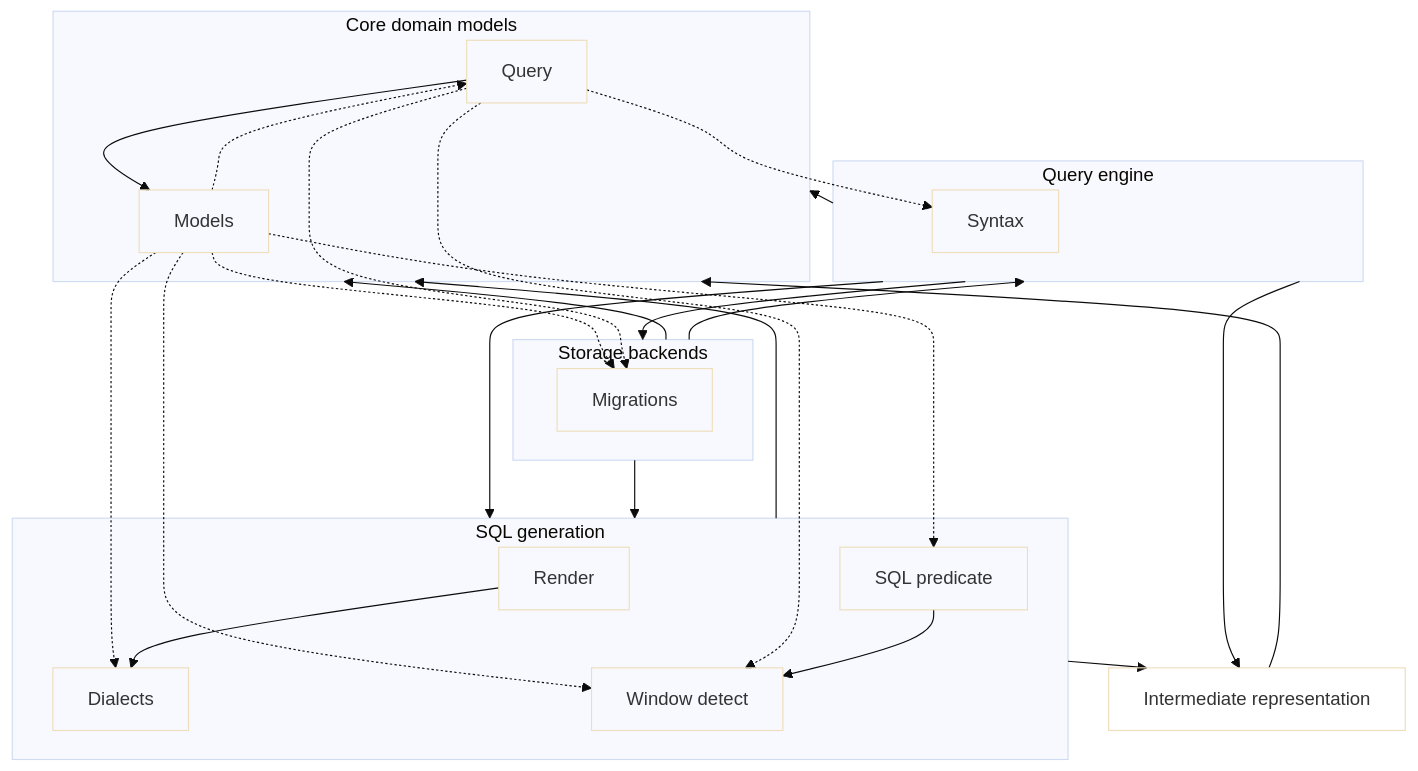
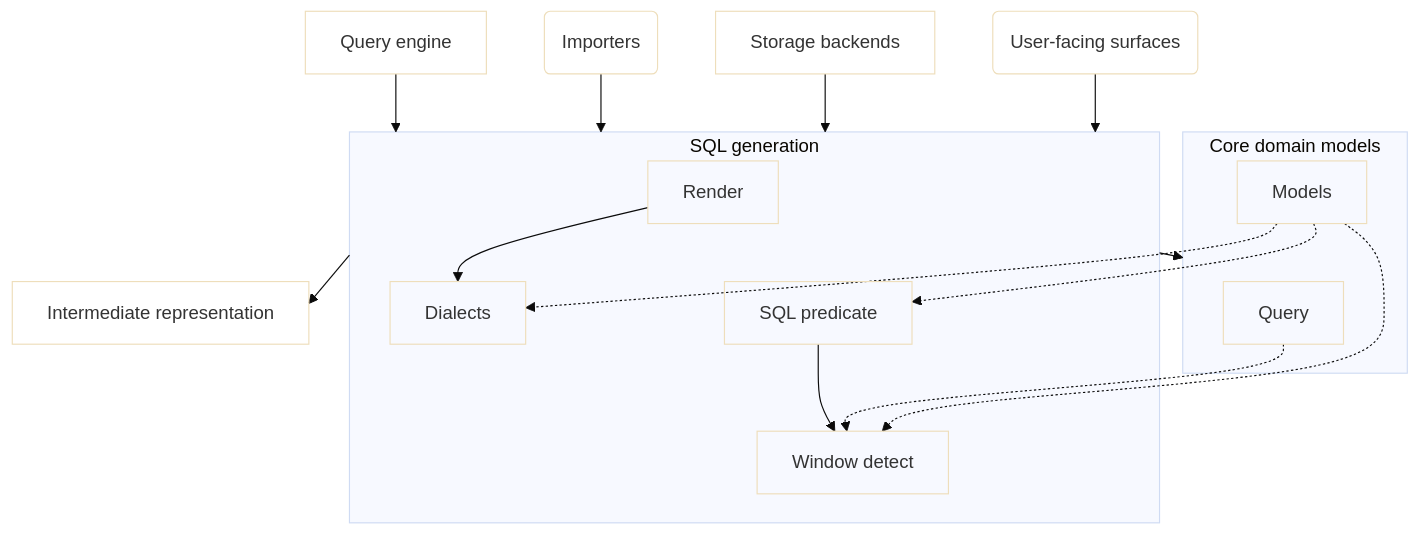
One commit to MotleyAI/slayer changed the diagram in architecture/sql.arc42.md. Above: the diagram before and after it, drawn with Mermaid (base theme). The commit also changed other lines of this file and 3 other files, not shown here.

First line of the commit message:
DEV-1897: give sql its own sql_focus view

````diff
--- a/architecture/sql.arc42.md
+++ b/architecture/sql.arc42.md
@@ -16,44 +16,33 @@
 ```mermaid
 flowchart TD
-  %% query_pipeline: Query pipeline
+  %% sql_focus: SQL generation in context
   subgraph core["Core domain models"]
     core__query["Query"]
     core__models["Models"]
   end
   subgraph sql["SQL generation"]
     sql__render["Render"]
     sql__dialects["Dialects"]
     sql__sql_predicate["SQL predicate"]
     sql__window_detect["Window detect"]
   end
-  subgraph engine["Query engine"]
-    engine__syntax["Syntax"]
-  end
+  engine["Query engine"]
   ir["Intermediate representation"]
-  subgraph storage["Storage backends"]
-    storage__migrations["Migrations"]
-  end
-  core__query -.-> engine__syntax
+  storage["Storage backends"]
+  importers("Importers")
+  surfaces("User-facing surfaces")
   core__models -.-> sql__dialects
   core__models -.-> sql__sql_predicate
   core__models -.-> sql__window_detect
   core__query -.-> sql__window_detect
-  core__models -.-> storage__migrations
-  core__query -.-> storage__migrations
-  core__models -.-> core__query
-  core__query --> core__models
   sql__render --> sql__dialects
   sql__sql_predicate --> sql__window_detect
-  engine --> core
-  engine --> ir
   engine --> sql
-  engine --> storage
-  ir --> core
+  importers --> sql
   sql --> core
   sql --> ir
-  storage --> core
-  storage --> engine
   storage --> sql
+  surfaces --> sql
   classDef leaf fill:none;
-  class core__query,core__models,sql__render,sql__dialects,sql__sql_predicate,sql__window_detect,engine__syntax,ir,storage__migrations leaf;
+  class core__query,core__models,sql__render,sql__dialects,sql__sql_predicate,sql__window_detect,engine,ir,storage,importers,surfaces leaf;
 ```
````
